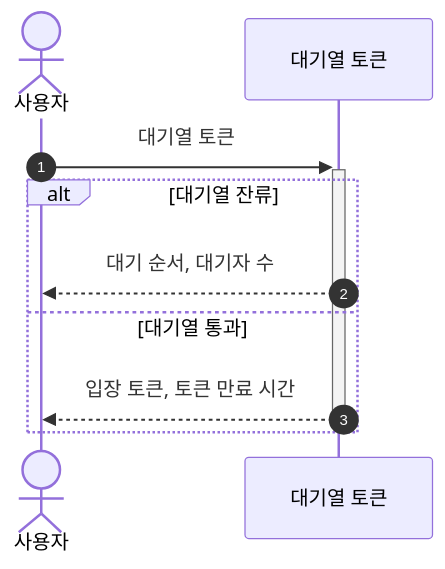
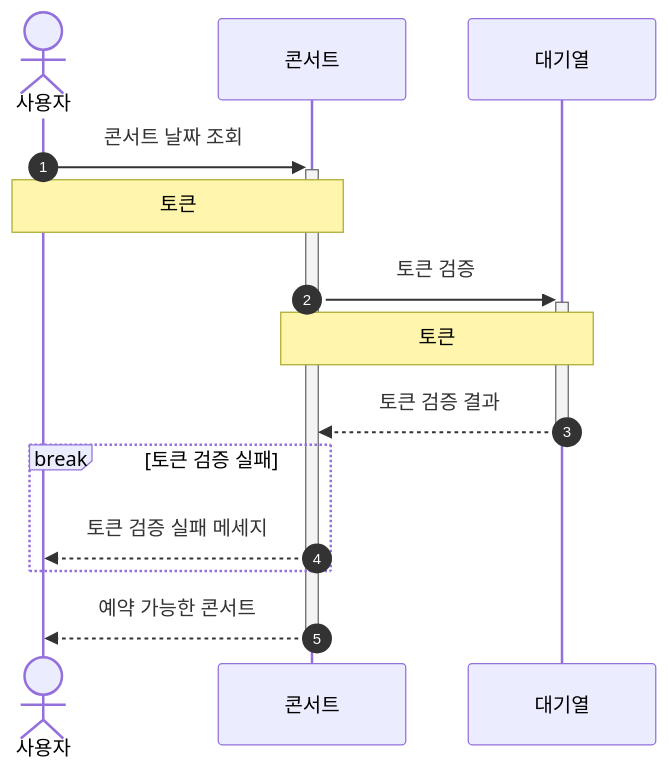
One commit to YoungWonBackendStudy/HHPlus-Concert-Reservation changed the second of 13 diagrams in README.md. Above: the diagram before and after it, drawn with Mermaid. The commit also changed other lines of this file, not shown here.

````diff
--- a/README.md
+++ b/README.md
@@ -13,12 +15,16 @@
 ```mermaid
 sequenceDiagram
     autonumber
     actor 사용자
-    사용자 ->>+ 대기열 토큰: 대기열 토큰
+    사용자 ->>+ 콘서트: 콘서트 날짜 조회
+    Note over 사용자, 콘서트: 토큰
 
-    alt 대기열 잔류
-        대기열 토큰 -->> 사용자: 대기 순서, 대기자 수
-    else 대기열 통과
-        대기열 토큰 -->>- 사용자: 입장 토큰, 토큰 만료 시간
+    콘서트 ->>+ 대기열: 토큰 검증
+    Note over 콘서트, 대기열: 토큰
+    대기열 -->>- 콘서트: 토큰 검증 결과
+    break 토큰 검증 실패
+        콘서트 -->> 사용자: 토큰 검증 실패 메세지
     end
+
+    콘서트 -->>- 사용자: 예약 가능한 콘서트
 ```
````
